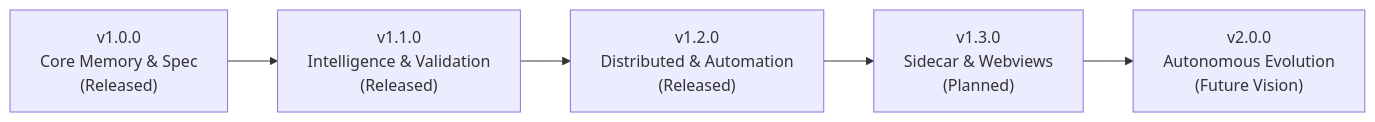
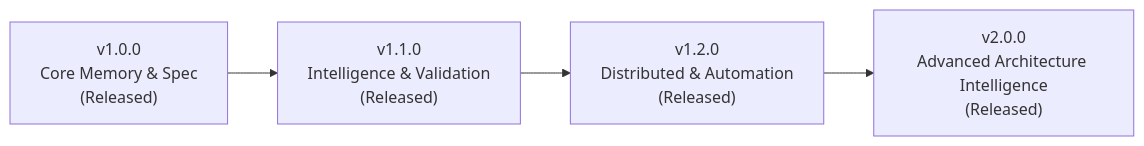
One commit to YotaGod/blublu changed the diagram in docs/roadmap.md. Above: the diagram before and after it, drawn with Mermaid. The commit also changed other lines of this file and 42 other files, not shown here.

First line of the commit message:
feat(v2.0.0): implement Advanced Architecture Intelligence milestone

````diff
--- a/docs/roadmap.md
+++ b/docs/roadmap.md
@@ -9,7 +9,6 @@
 ```mermaid
 flowchart LR
     v10["v1.0.0<br/>Core Memory & Spec<br/>(Released)"] --> v11["v1.1.0<br/>Intelligence & Validation<br/>(Released)"]
     v11 --> v12["v1.2.0<br/>Distributed & Automation<br/>(Released)"]
-    v12 --> v13["v1.3.0<br/>Sidecar & Webviews<br/>(Planned)"]
-    v13 --> v20["v2.0.0<br/>Autonomous Evolution<br/>(Future Vision)"]
+    v12 --> v20["v2.0.0<br/>Advanced Architecture Intelligence<br/>(Released)"]
 ```
````
